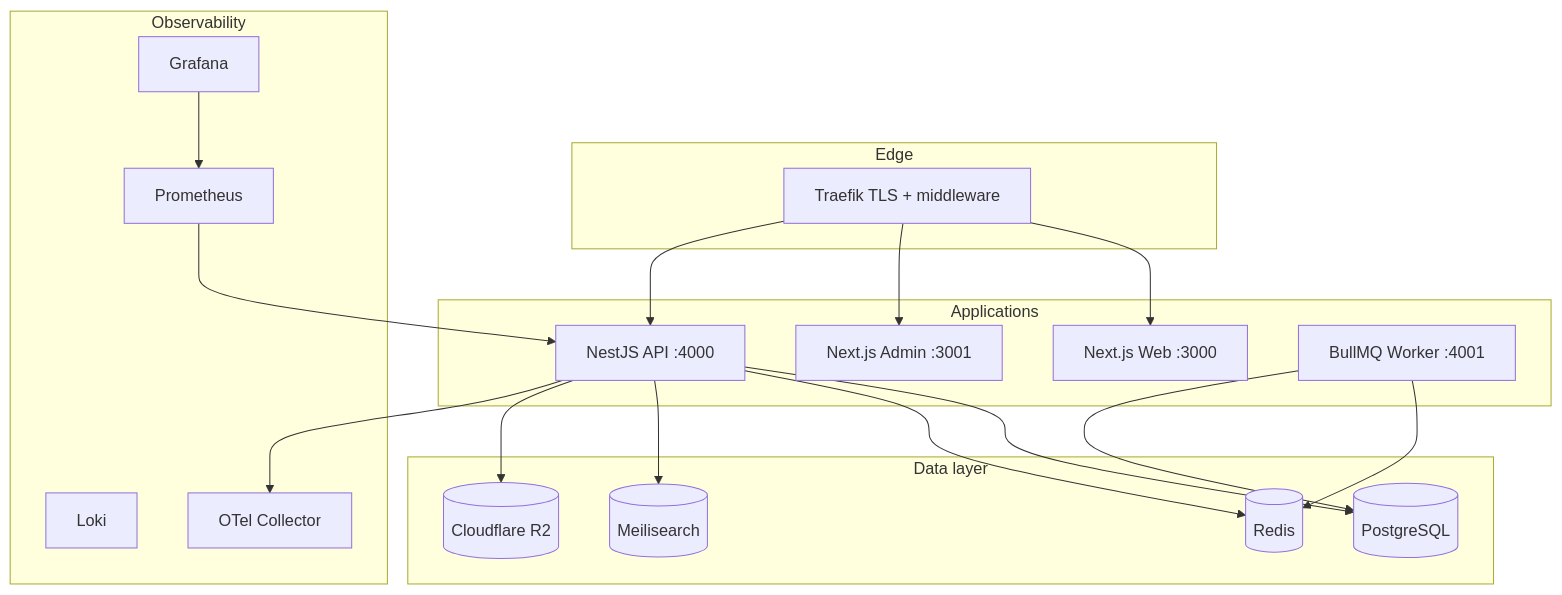
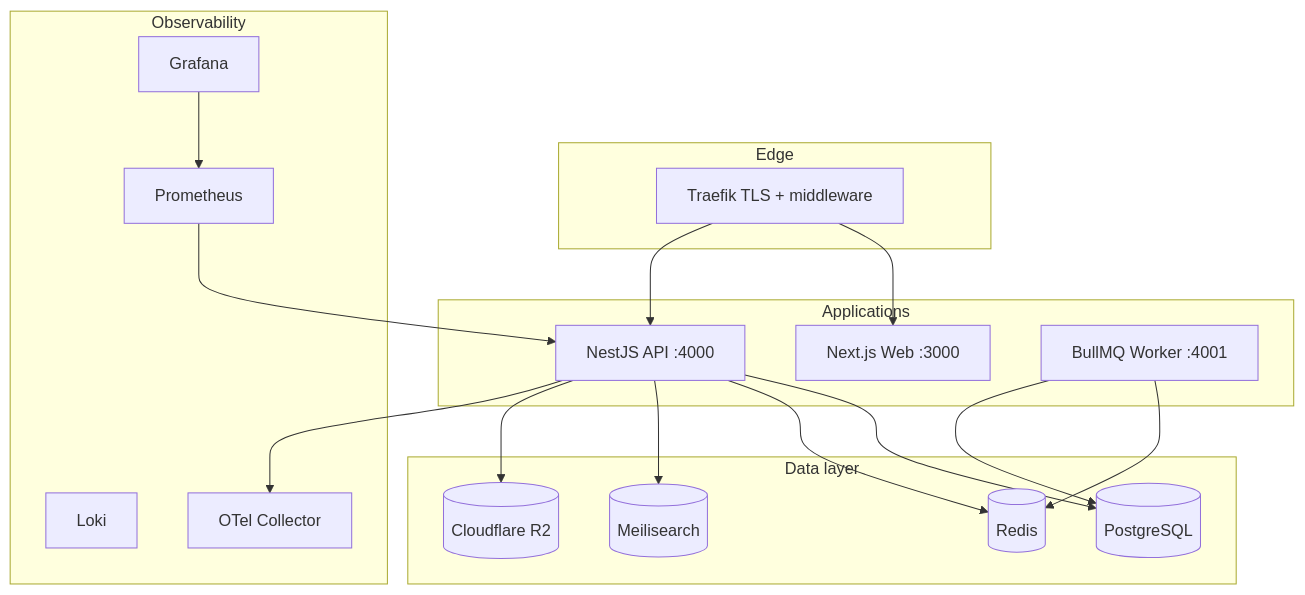
The diagram in docs/infrastructure/README.md (golpochat/community-marketplace), drawn with Mermaid before and after one commit. The commit also changed other lines of this file and 25 other files, not shown here.

````diff
--- a/docs/infrastructure/README.md
+++ b/docs/infrastructure/README.md
@@ -9,36 +9,34 @@
 ```mermaid
 flowchart TB
   subgraph edge [Edge]
     Traefik[Traefik TLS + middleware]
   end
   subgraph apps [Applications]
     Web[Next.js Web :3000]
-    Admin[Next.js Admin :3001]
     API[NestJS API :4000]
     Worker[BullMQ Worker :4001]
   end
   subgraph data [Data layer]
     PG[(PostgreSQL)]
     Redis[(Redis)]
     Meili[(Meilisearch)]
     R2[(Cloudflare R2)]
   end
   subgraph obs [Observability]
     Prom[Prometheus]
     Graf[Grafana]
     Loki[Loki]
     OTel[OTel Collector]
   end
   Traefik --> Web
-  Traefik --> Admin
   Traefik --> API
   API --> PG
   API --> Redis
   API --> Meili
   Worker --> Redis
   Worker --> PG
   API --> R2
   API --> OTel
   Prom --> API
   Graf --> Prom
 ```
````
